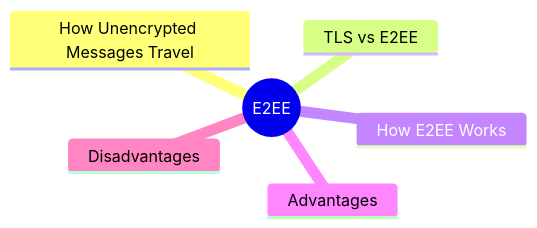
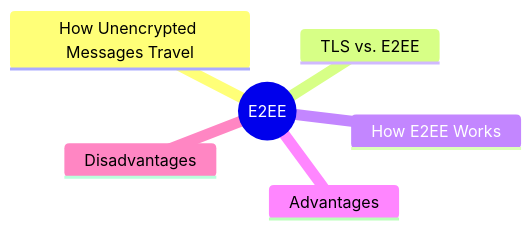
The first of 4 diagrams in src/posts/en/network-e2ee.mdx (Charmying/blog), drawn with Mermaid before and after one commit. The commit also changed other lines of this file and 41 other files, not shown here.

````diff
--- a/src/posts/en/network-e2ee.mdx
+++ b/src/posts/en/network-e2ee.mdx
@@ -14,9 +14,9 @@
 ```mermaid
 mindmap
     root((E2EE))
         How Unencrypted Messages Travel
-        TLS vs E2EE
+        TLS vs. E2EE
         How E2EE Works
         Advantages
         Disadvantages
 ```
````
